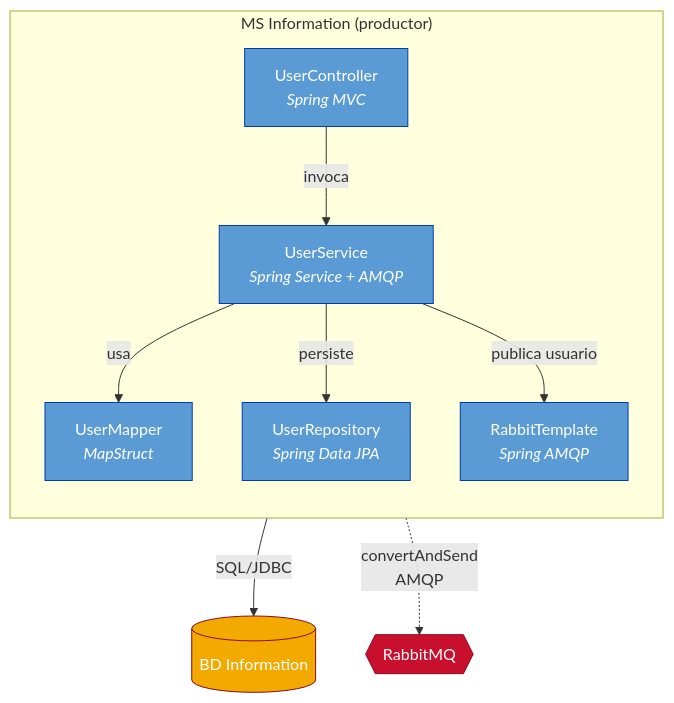
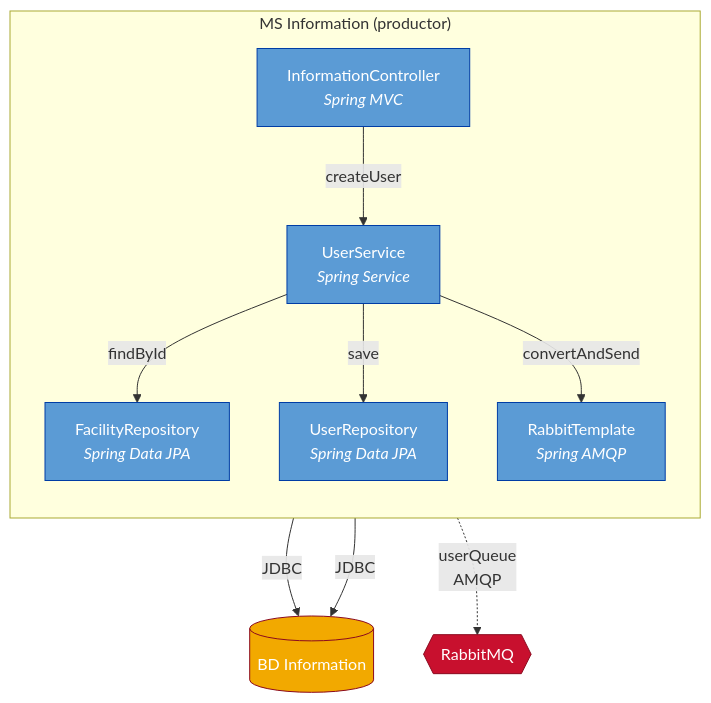
One commit to arielhurtado/springbootexamples changed the fifth of 8 diagrams in BokingGymNewVersion/architecture.md. Above: the diagram before and after it, drawn with Mermaid. The commit also changed other lines of this file, not shown here.

Commit message:
Update architecture complaint with the code

````diff
--- a/BokingGymNewVersion/architecture.md
+++ b/BokingGymNewVersion/architecture.md
@@ -353,29 +357,30 @@
 ```mermaid
 flowchart TB
     subgraph boundary["MS Information (productor)"]
         direction TB
-        userController["UserController<br/><i>Spring MVC</i>"]
-        userService["UserService<br/><i>Spring Service + AMQP</i>"]
+        infoController["InformationController<br/><i>Spring MVC</i>"]
+        userService["UserService<br/><i>Spring Service</i>"]
         userRepo["UserRepository<br/><i>Spring Data JPA</i>"]
-        userMapper["UserMapper<br/><i>MapStruct</i>"]
+        facilityRepo["FacilityRepository<br/><i>Spring Data JPA</i>"]
         rabbitTemplate["RabbitTemplate<br/><i>Spring AMQP</i>"]
     end
 
     bdInformation[("BD Information")]
     broker{{"RabbitMQ"}}
 
-    userController -->|invoca| userService
-    userService -->|usa| userMapper
-    userService -->|persiste| userRepo
-    userService -->|publica usuario| rabbitTemplate
-    userRepo -->|SQL/JDBC| bdInformation
-    rabbitTemplate -.->|convertAndSend<br/>AMQP| broker
+    infoController -->|createUser| userService
+    userService -->|findById| facilityRepo
+    userService -->|save| userRepo
+    userService -->|convertAndSend| rabbitTemplate
+    userRepo -->|JDBC| bdInformation
+    facilityRepo -->|JDBC| bdInformation
+    rabbitTemplate -.->|"userQueue<br/>AMQP"| broker
 
     classDef component fill:#5B9BD5,stroke:#003DA5,color:#fff
     classDef database fill:#F2A900,stroke:#8B0A1F,color:#fff
     classDef broker fill:#C8102E,stroke:#8B0A1F,color:#fff
 
-    class userController,userService,userRepo,userMapper,rabbitTemplate component
+    class infoController,userService,userRepo,facilityRepo,rabbitTemplate component
     class bdInformation database
     class broker broker
 ```
````
